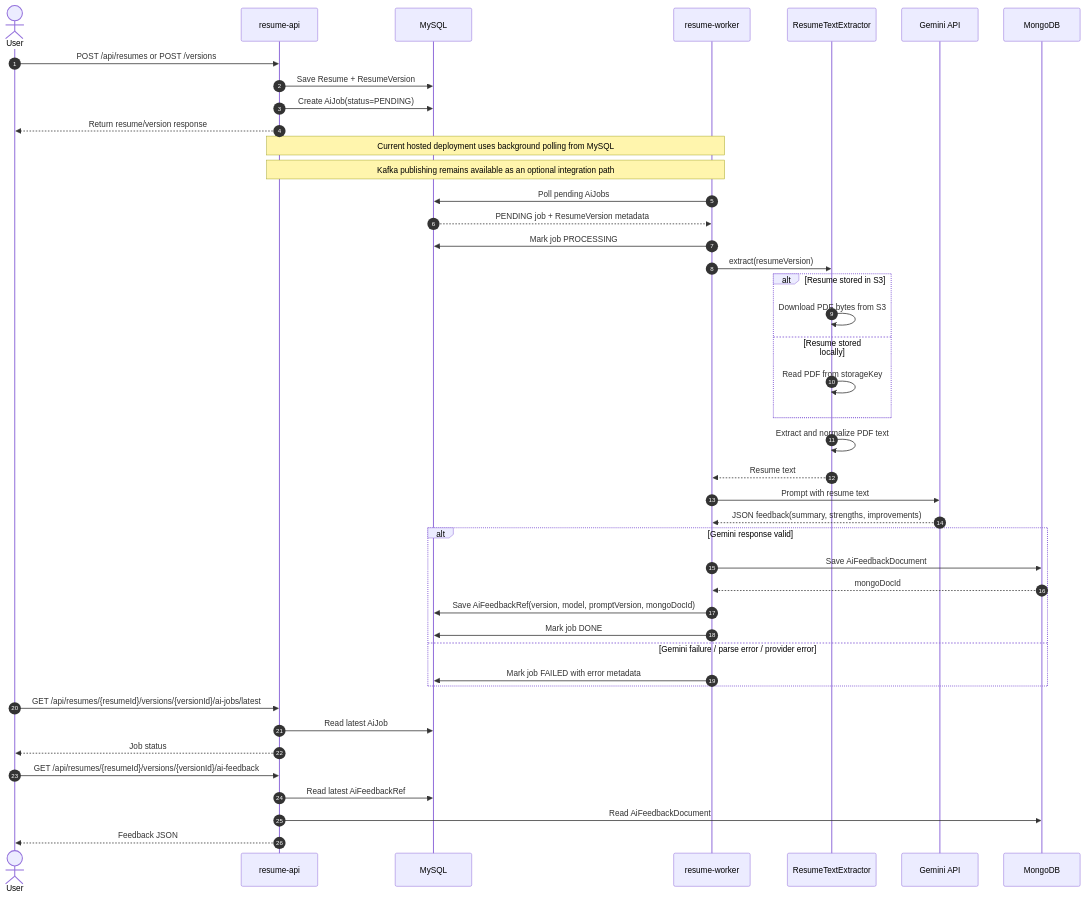
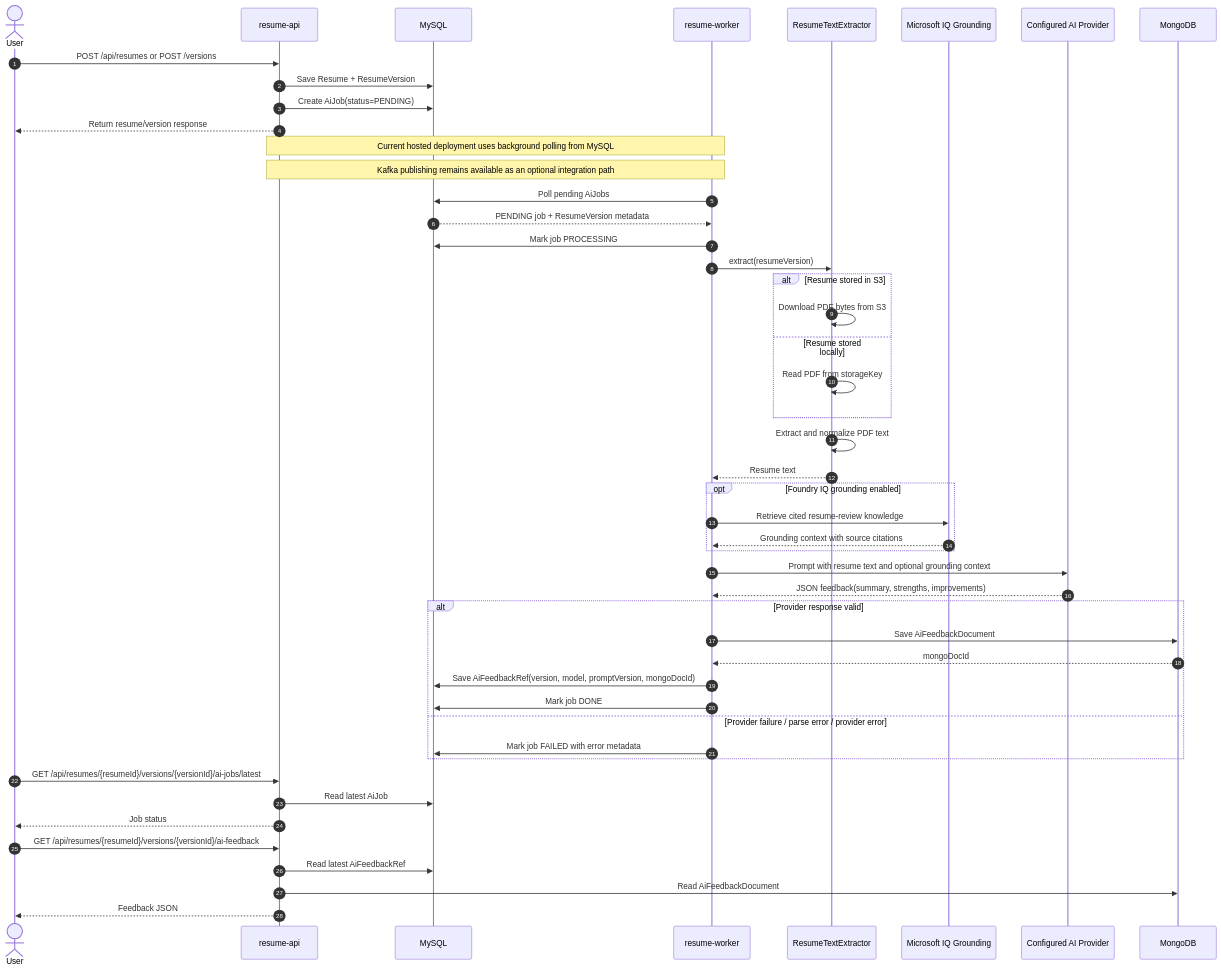
Before and after one commit to helenapedro/resume-feedback-platform: the second of 3 diagrams in docs/project-documentation/architecture.md, drawn with Mermaid. The commit also changed other lines of this file and 65 other files, not shown here.

````diff
--- a/docs/project-documentation/architecture.md
+++ b/docs/project-documentation/architecture.md
@@ -48,55 +53,61 @@
 ```mermaid
 sequenceDiagram
     autonumber
     actor User
     participant API as resume-api
     participant MySQL as MySQL
     participant Worker as resume-worker
     participant Extractor as ResumeTextExtractor
-    participant Gemini as Gemini API
+    participant Grounding as Microsoft IQ Grounding
+    participant Provider as Configured AI Provider
     participant Mongo as MongoDB
 
     User->>API: POST /api/resumes or POST /versions
     API->>MySQL: Save Resume + ResumeVersion
     API->>MySQL: Create AiJob(status=PENDING)
     API-->>User: Return resume/version response
 
     Note over API,Worker: Current hosted deployment uses background polling from MySQL
     Note over API,Worker: Kafka publishing remains available as an optional integration path
 
     Worker->>MySQL: Poll pending AiJobs
     MySQL-->>Worker: PENDING job + ResumeVersion metadata
 
     Worker->>MySQL: Mark job PROCESSING
     Worker->>Extractor: extract(resumeVersion)
 
     alt Resume stored in S3
         Extractor->>Extractor: Download PDF bytes from S3
     else Resume stored locally
         Extractor->>Extractor: Read PDF from storageKey
     end
 
     Extractor->>Extractor: Extract and normalize PDF text
     Extractor-->>Worker: Resume text
 
-    Worker->>Gemini: Prompt with resume text
-    Gemini-->>Worker: JSON feedback(summary, strengths, improvements)
+    opt Foundry IQ grounding enabled
+        Worker->>Grounding: Retrieve cited resume-review knowledge
+        Grounding-->>Worker: Grounding context with source citations
+    end
 
-    alt Gemini response valid
+    Worker->>Provider: Prompt with resume text and optional grounding context
+    Provider-->>Worker: JSON feedback(summary, strengths, improvements)
+
+    alt Provider response valid
         Worker->>Mongo: Save AiFeedbackDocument
         Mongo-->>Worker: mongoDocId
         Worker->>MySQL: Save AiFeedbackRef(version, model, promptVersion, mongoDocId)
         Worker->>MySQL: Mark job DONE
-    else Gemini failure / parse error / provider error
+    else Provider failure / parse error / provider error
         Worker->>MySQL: Mark job FAILED with error metadata
     end
 
     User->>API: GET /api/resumes/{resumeId}/versions/{versionId}/ai-jobs/latest
     API->>MySQL: Read latest AiJob
     API-->>User: Job status
 
     User->>API: GET /api/resumes/{resumeId}/versions/{versionId}/ai-feedback
     API->>MySQL: Read latest AiFeedbackRef
     API->>Mongo: Read AiFeedbackDocument
     API-->>User: Feedback JSON
 ```
````
